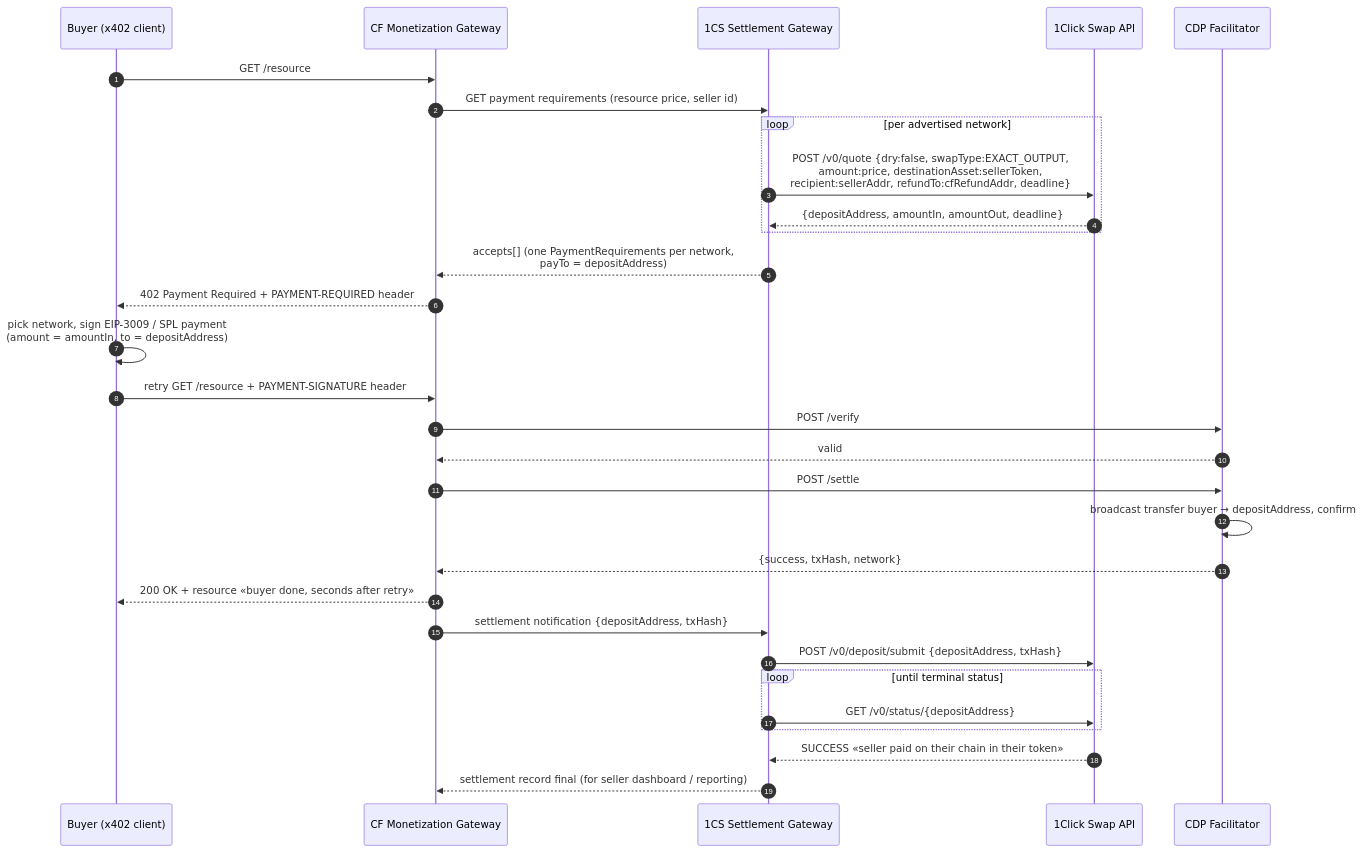
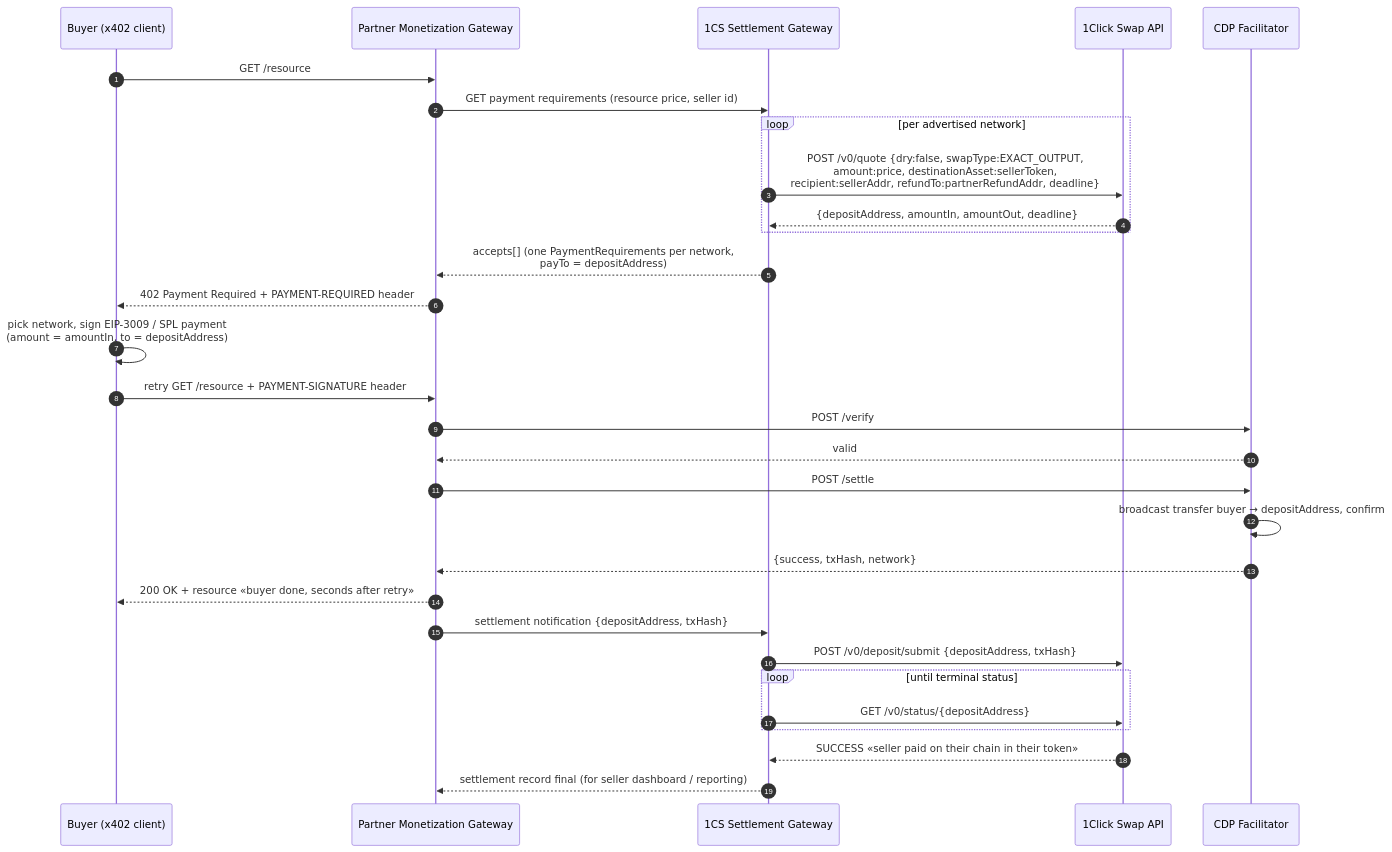
The second of 2 diagrams in CF_demo_desing.md (IkerAlus/x402_CF_gateway), drawn with Mermaid before and after one commit. The commit also changed other lines of this file, not shown here.

````diff
--- a/CF_demo_desing.md
+++ b/CF_demo_desing.md
@@ -96,33 +74,33 @@
 ```mermaid
 sequenceDiagram
     autonumber
     participant B as Buyer (x402 client)
-    participant CF as CF Monetization Gateway
+    participant MG as Partner Monetization Gateway
     participant GW as 1CS Settlement Gateway
     participant OC as 1Click Swap API
     participant F as CDP Facilitator
 
-    B->>CF: GET /resource
-    CF->>GW: GET payment requirements (resource price, seller id)
+    B->>MG: GET /resource
+    MG->>GW: GET payment requirements (resource price, seller id)
     loop per advertised network
-        GW->>OC: POST /v0/quote {dry:false, swapType:EXACT_OUTPUT,<br/>amount:price, destinationAsset:sellerToken,<br/>recipient:sellerAddr, refundTo:cfRefundAddr, deadline}
+        GW->>OC: POST /v0/quote {dry:false, swapType:EXACT_OUTPUT,<br/>amount:price, destinationAsset:sellerToken,<br/>recipient:sellerAddr, refundTo:partnerRefundAddr, deadline}
         OC-->>GW: {depositAddress, amountIn, amountOut, deadline}
     end
-    GW-->>CF: accepts[] (one PaymentRequirements per network,<br/>payTo = depositAddress)
-    CF-->>B: 402 Payment Required + PAYMENT-REQUIRED header
+    GW-->>MG: accepts[] (one PaymentRequirements per network,<br/>payTo = depositAddress)
+    MG-->>B: 402 Payment Required + PAYMENT-REQUIRED header
     B->>B: pick network, sign EIP-3009 / SPL payment<br/>(amount = amountIn, to = depositAddress)
-    B->>CF: retry GET /resource + PAYMENT-SIGNATURE header
-    CF->>F: POST /verify
-    F-->>CF: valid
-    CF->>F: POST /settle
+    B->>MG: retry GET /resource + PAYMENT-SIGNATURE header
+    MG->>F: POST /verify
+    F-->>MG: valid
+    MG->>F: POST /settle
     F->>F: broadcast transfer buyer → depositAddress, confirm
-    F-->>CF: {success, txHash, network}
-    CF-->>B: 200 OK + resource  «buyer done, seconds after retry»
-    CF->>GW: settlement notification {depositAddress, txHash}
+    F-->>MG: {success, txHash, network}
+    MG-->>B: 200 OK + resource  «buyer done, seconds after retry»
+    MG->>GW: settlement notification {depositAddress, txHash}
     GW->>OC: POST /v0/deposit/submit {depositAddress, txHash}
     loop until terminal status
         GW->>OC: GET /v0/status/{depositAddress}
     end
     OC-->>GW: SUCCESS «seller paid on their chain in their token»
-    GW-->>CF: settlement record final (for seller dashboard / reporting)
+    GW-->>MG: settlement record final (for seller dashboard / reporting)
 ```
````
